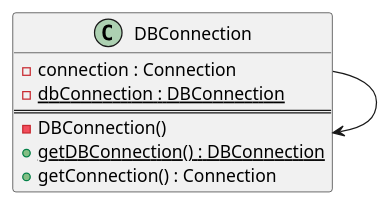
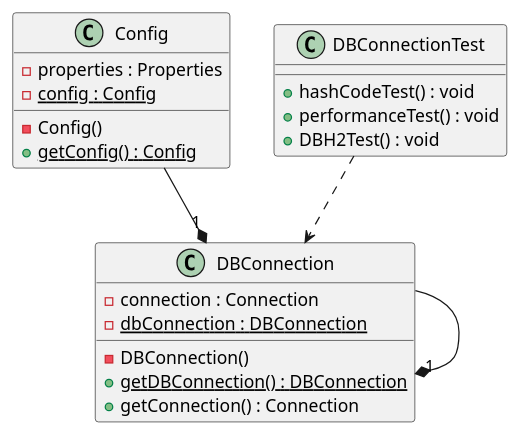
Before and after one commit to reza-hdrm/DesignPatterns: the diagram in src/main/java/com/rezahdrm/creational/singleton/sigletonUML.puml, drawn with PlantUML. The commit also changed 37 other files, not shown here.

```diff
--- a/src/main/java/com/rezahdrm/creational/singleton/sigletonUML.puml
+++ b/src/main/java/com/rezahdrm/creational/singleton/sigletonUML.puml
@@ -1,12 +1,29 @@
 @startuml
-class DBConnection{
+class DBConnection {
    - connection : Connection
    - {static} dbConnection : DBConnection
-   ==
+
    - DBConnection()
    + {static} getDBConnection() : DBConnection
    + getConnection() : Connection
 }
 
-DBConnection -> DBConnection
+class Config {
+   - properties : Properties
+   - {static} config : Config
+
+   - Config()
+   + {static} getConfig() : Config
+}
+
+class DBConnectionTest {
+    + hashCodeTest() : void
+    + performanceTest() : void
+    + DBH2Test() : void
+}
+
+DBConnection --*"1" DBConnection
+Config --*"1" DBConnection
+DBConnectionTest ..> DBConnection
+
 @enduml
```
